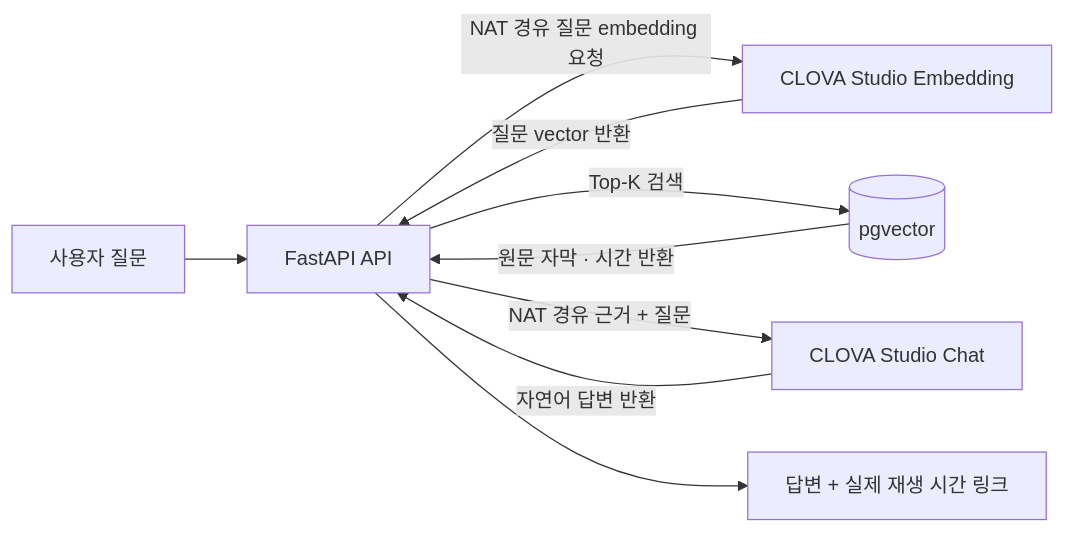
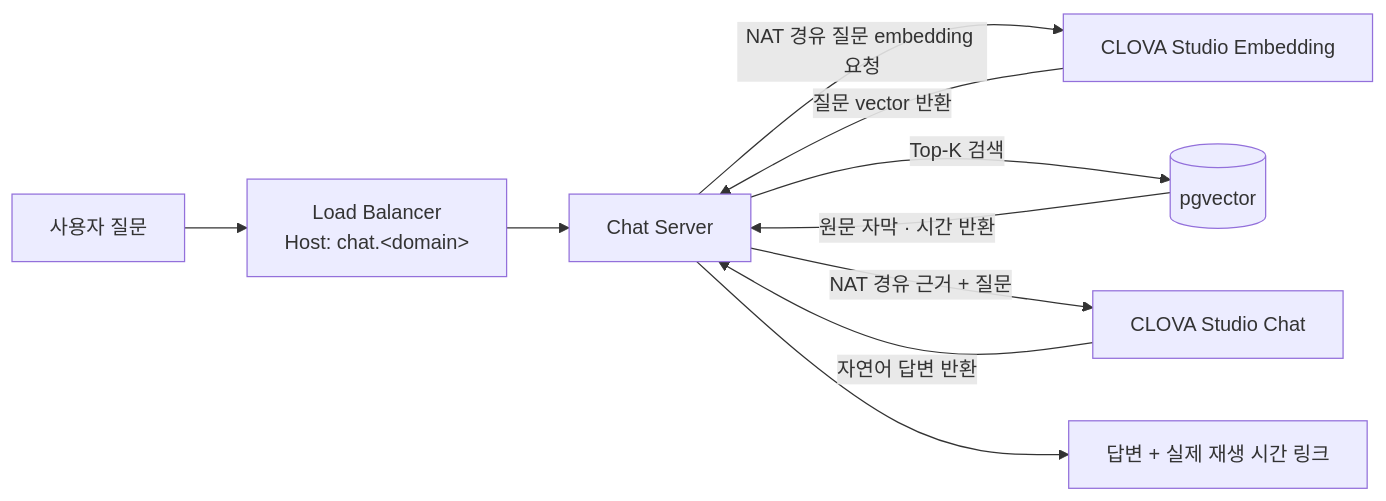
The fourth of 5 diagrams in docs/infra.md (ncp-ai-pro/video-rag-mvp), drawn with Mermaid before and after one commit. The commit also changed other lines of this file and 1 other file, not shown here.

Commit message:
Document dedicated NAT and chat routing

```diff
--- a/docs/infra.md
+++ b/docs/infra.md
@@ -129,11 +135,12 @@
 ~~~mermaid
 flowchart LR
-    B[사용자 질문] --> A[FastAPI API]
+    B[사용자 질문] --> L[Load Balancer<br/>Host: chat.&lt;domain&gt;]
+    L --> A[Chat Server]
     A -->|NAT 경유 질문 embedding 요청| E[CLOVA Studio Embedding]
     E -->|질문 vector 반환| A
     A -->|Top-K 검색| P[(pgvector)]
     P -->|원문 자막 · 시간 반환| A
     A -->|NAT 경유 근거 + 질문| C[CLOVA Studio Chat]
     C -->|자연어 답변 반환| A
     A --> R[답변 + 실제 재생 시간 링크]
 ~~~
```
